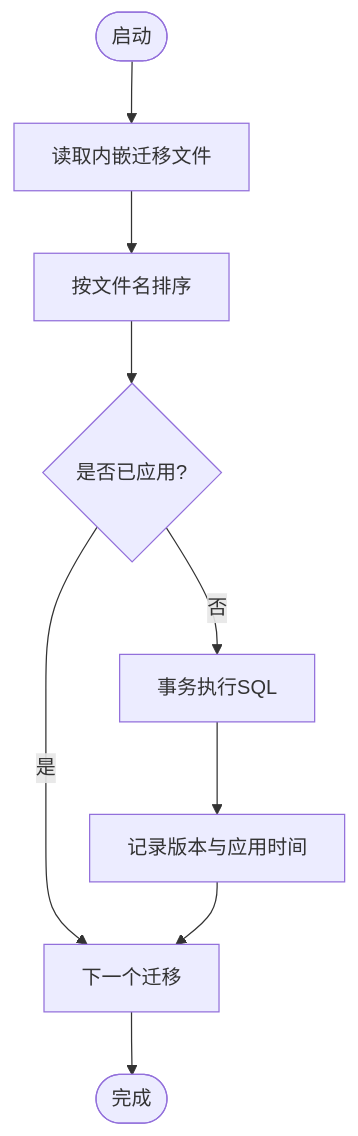
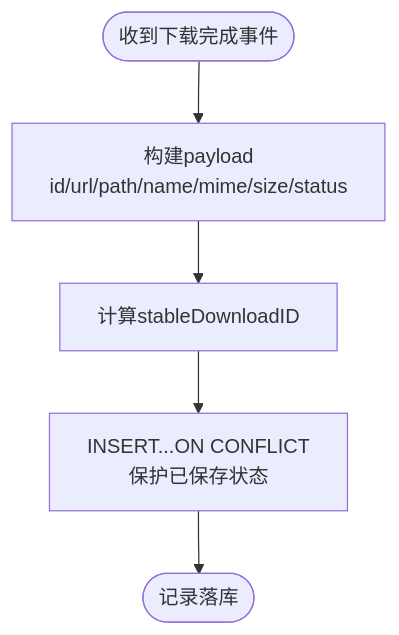
The sixth of 10 diagrams in .qoder/repowiki/zh/content/系统架构/本地Agent架构/数据存储层.md (alvinwangzi/goodhr), drawn with Mermaid before and after one commit. The commit also changed other lines of this file and 149 other files, not shown here.

````diff
--- a/.qoder/repowiki/zh/content/系统架构/本地Agent架构/数据存储层.md
+++ b/.qoder/repowiki/zh/content/系统架构/本地Agent架构/数据存储层.md
@@ -242,11 +268,7 @@
 ```mermaid
 flowchart TD
-Start(["启动"]) --> ReadFiles["读取内嵌迁移文件"]
-ReadFiles --> Sort["按文件名排序"]
-Sort --> ForEach{"是否已应用?"}
-ForEach --> |是| Next["下一个迁移"]
-ForEach --> |否| ExecTx["事务执行SQL"]
-ExecTx --> Record["记录版本与应用时间"]
-Record --> Next
-Next --> End(["完成"])
+Start(["收到下载完成事件"]) --> Build["构建payload<br/>id/url/path/name/mime/size/status"]
+Build --> StableID["计算stableDownloadID"]
+StableID --> Upsert["INSERT...ON CONFLICT<br/>保护已保存状态"]
+Upsert --> Done(["记录落库"])
 ```
````
